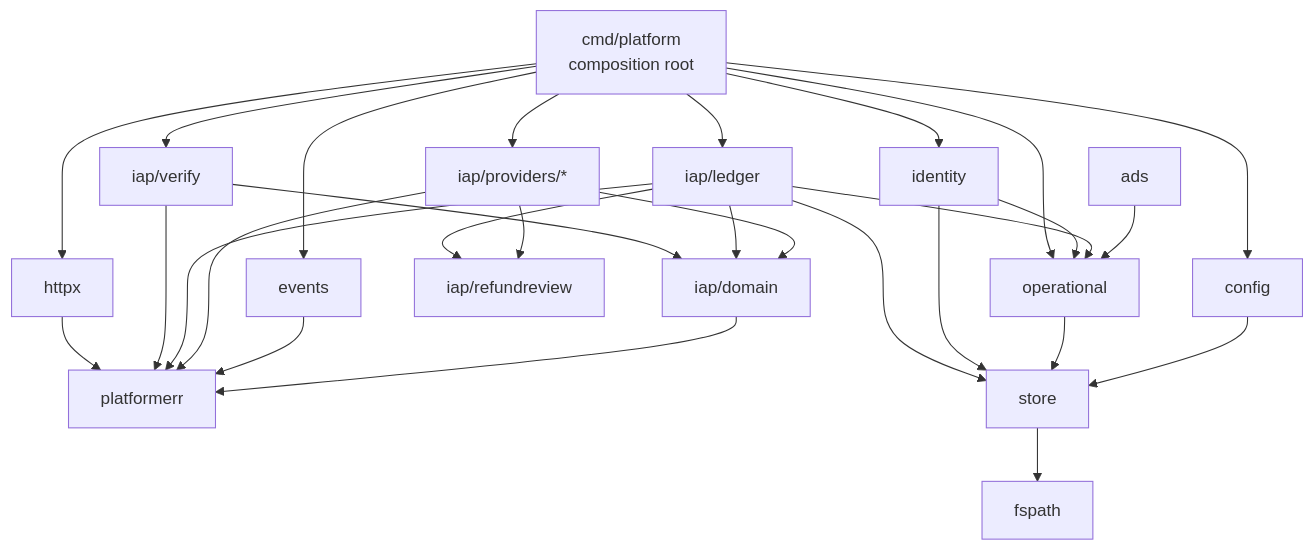
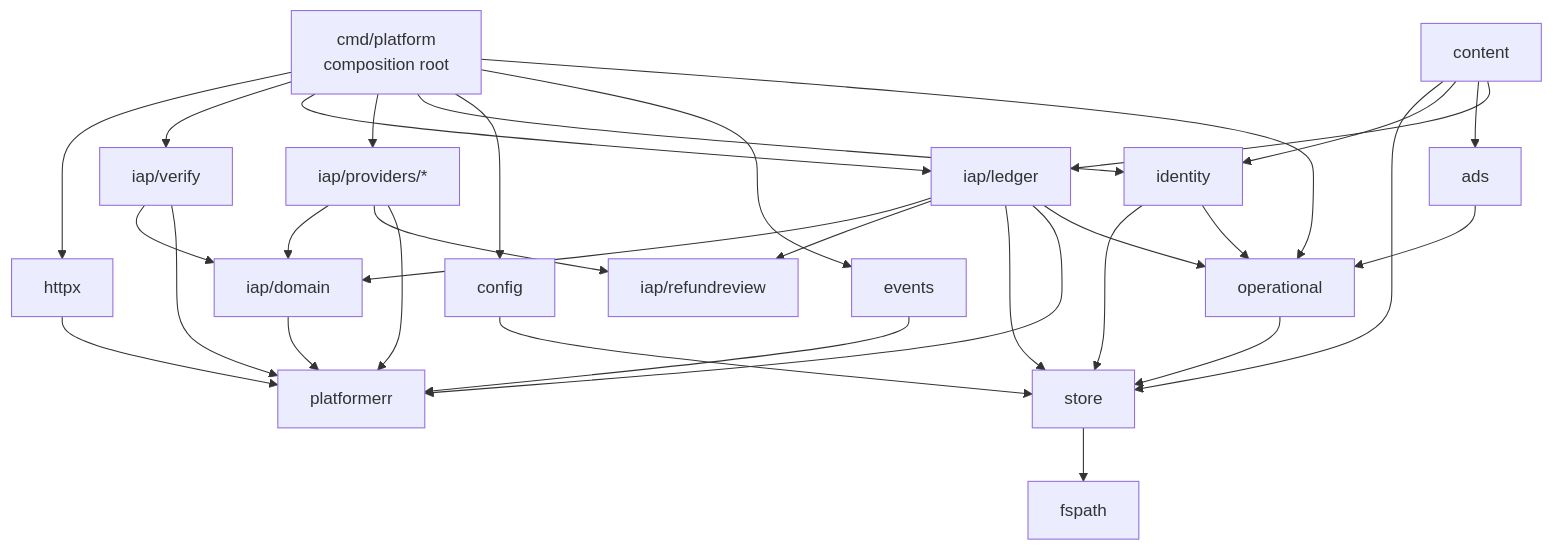
The diagram in docs/03-architecture/server-layout.md (seorilabs/platform), drawn with Mermaid before and after one commit. The commit also changed other lines of this file and 42 other files, not shown here.

````diff
--- a/docs/03-architecture/server-layout.md
+++ b/docs/03-architecture/server-layout.md
@@ -47,31 +48,35 @@
 ```mermaid
 flowchart TD
   CMD["cmd/platform<br/>composition root"] --> HTTPX["httpx"]
   CMD --> VERIFY["iap/verify"]
   CMD --> LEDGER["iap/ledger"]
   CMD --> PROV["iap/providers/*"]
   CMD --> ID["identity"]
   CMD --> CFG["config"]
   CMD --> EV["events"]
   CMD --> OPS["operational"]
 
   HTTPX --> ERR["platformerr"]
   VERIFY --> DOM["iap/domain"]
   VERIFY --> ERR
   LEDGER --> DOM
   LEDGER --> REFUND["iap/refundreview"]
   LEDGER --> STORE["store"]
   LEDGER --> ERR
   PROV --> DOM
   PROV --> REFUND
   PROV --> ERR
   ID --> STORE
   ID --> OPS
   LEDGER --> OPS
   ADS["ads"] --> OPS
+  CONTENT["content"] --> STORE
+  CONTENT --> ID
+  CONTENT --> ADS
+  CONTENT --> LEDGER
   OPS --> STORE
   CFG --> STORE
   EV --> ERR
   STORE --> FSPATH["fspath"]
   DOM --> ERR
 ```
````
